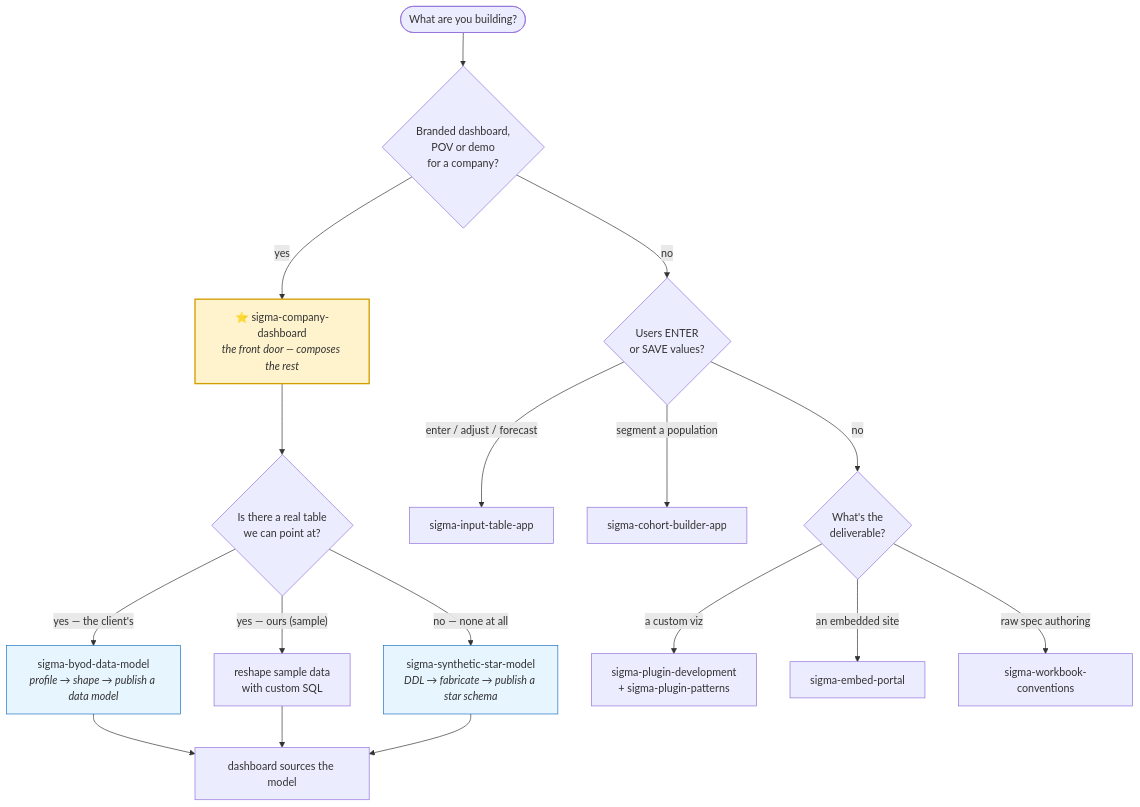
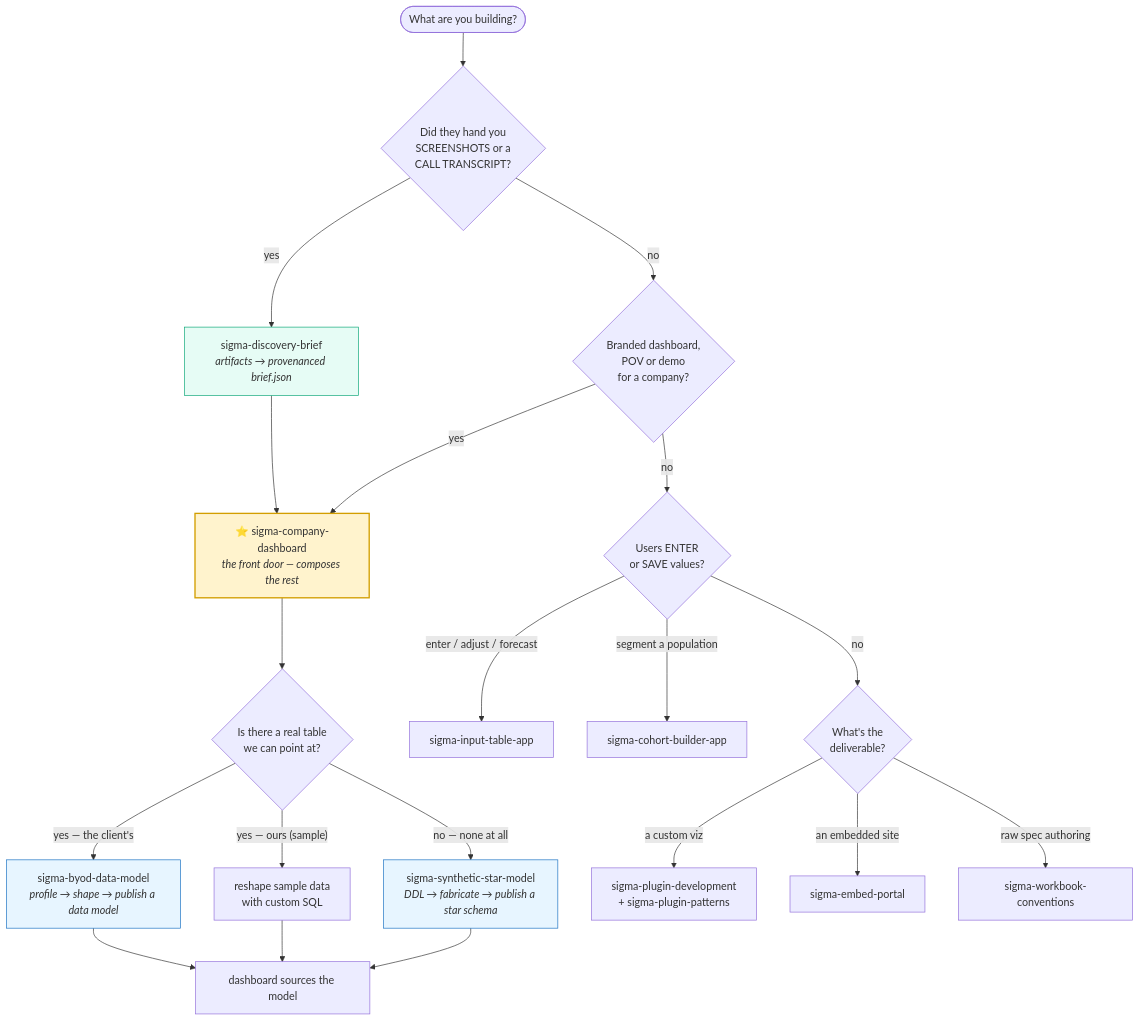
The first of 6 diagrams in README.md (jeffreykortis-hash/customdemo), drawn with Mermaid before and after one commit. The commit also changed other lines of this file and 16 other files, not shown here.

````diff
--- a/README.md
+++ b/README.md
@@ -17,27 +17,32 @@
 ```mermaid
 flowchart TD
-    Start([What are you building?]) --> Q1{Branded dashboard,<br/>POV or demo<br/>for a company?}
+    Start([What are you building?]) --> Q0{"Did they hand you<br/>SCREENSHOTS or a<br/>CALL TRANSCRIPT?"}
+
+    Q0 -->|yes| DB["sigma-discovery-brief<br/><i>artifacts → provenanced brief.json</i>"]
+    DB --> FD
+    Q0 -->|no| Q1{Branded dashboard,<br/>POV or demo<br/>for a company?}
 
     Q1 -->|yes| FD["⭐ sigma-company-dashboard<br/><i>the front door — composes the rest</i>"]
     Q1 -->|no| Q2{Users ENTER<br/>or SAVE values?}
 
     FD --> Q3{"Is there a real table<br/>we can point at?"}
     Q3 -->|"yes — the client's"| BYOD["sigma-byod-data-model<br/><i>profile → shape → publish a data model</i>"]
     Q3 -->|"yes — ours (sample)"| RESHAPE[reshape sample data<br/>with custom SQL]
     Q3 -->|"no — none at all"| SYN["sigma-synthetic-star-model<br/><i>DDL → fabricate → publish a star schema</i>"]
     BYOD --> FD2[dashboard sources the model]
     RESHAPE --> FD2
     SYN --> FD2
 
     Q2 -->|"enter / adjust / forecast"| ITA[sigma-input-table-app]
     Q2 -->|"segment a population"| CBA[sigma-cohort-builder-app]
     Q2 -->|no| Q4{What's the<br/>deliverable?}
 
     Q4 -->|a custom viz| PLG["sigma-plugin-development<br/>+ sigma-plugin-patterns"]
     Q4 -->|an embedded site| EMB[sigma-embed-portal]
     Q4 -->|"raw spec authoring"| CONV[sigma-workbook-conventions]
 
     style FD fill:#fff3cd,stroke:#d39e00,stroke-width:2px
     style BYOD fill:#e7f5ff,stroke:#1971c2
     style SYN fill:#e7f5ff,stroke:#1971c2
+    style DB fill:#e6fcf5,stroke:#0ca678
 ```
````
